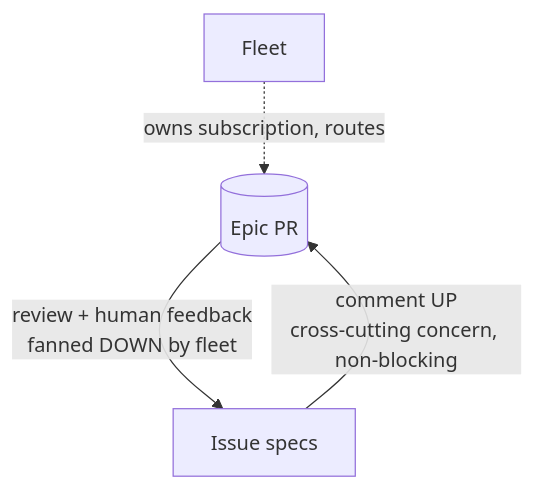
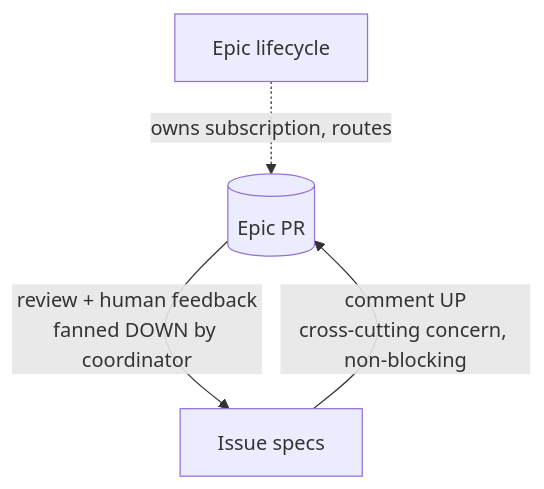
One commit to fixpoint-labs/flow-state-dev changed the third of 3 diagrams in docs/contributing/orchestration.md. Above: the diagram before and after it, drawn with Mermaid. The commit also changed other lines of this file and 19 other files, not shown here.

First line of the commit message:
docs(process): spec review is a direction check; rename issue-fleet to epic-lifecycle

````diff
--- a/docs/contributing/orchestration.md
+++ b/docs/contributing/orchestration.md
@@ -232,6 +362,6 @@
 ```mermaid
 flowchart TD
-  EPR[(Epic PR)] -->|review + human feedback<br/>fanned DOWN by fleet| Issues
+  EPR[(Epic PR)] -->|review + human feedback<br/>fanned DOWN by coordinator| Issues
   Issues[Issue specs] -->|comment UP<br/>cross-cutting concern, non-blocking| EPR
-  Fleet -. owns subscription, routes .-> EPR
+  Coord[Epic lifecycle] -. owns subscription, routes .-> EPR
 ```
````
